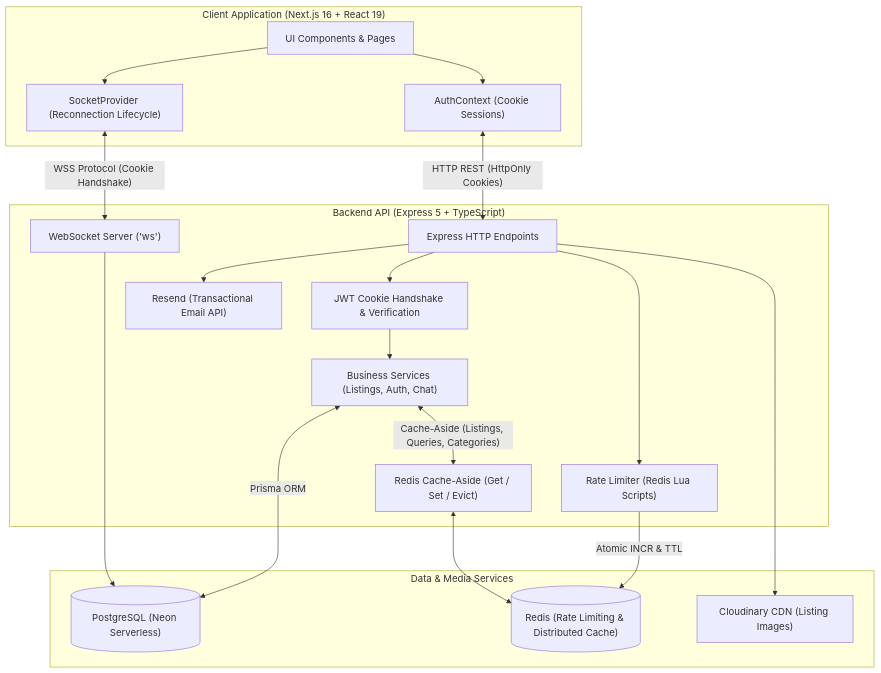
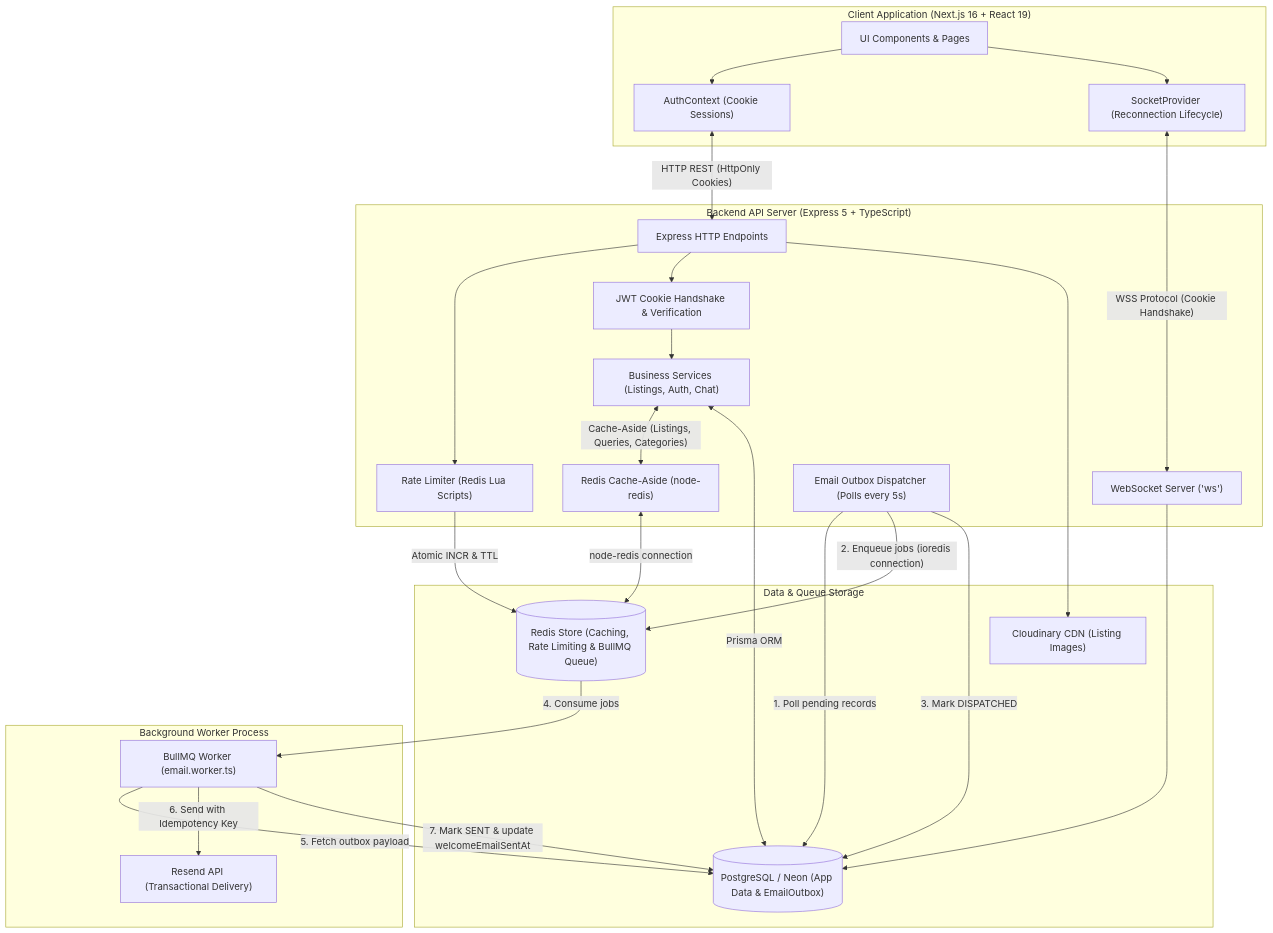
The first of 2 diagrams in README.md (Dhruvone8/Sell-On-Campus), drawn with Mermaid before and after one commit. The commit also changed other lines of this file, not shown here.

Commit message:
docs: document BullMQ background job processing and transactional outbox in README

````diff
--- a/README.md
+++ b/README.md
@@ -93,39 +105,52 @@
 ```mermaid
 graph TD
     subgraph Browser ["Client Application (Next.js 16 + React 19)"]
         UI["UI Components & Pages"]
         AuthCtx["AuthContext (Cookie Sessions)"]
         SocketCtx["SocketProvider (Reconnection Lifecycle)"]
     end
 
-    subgraph Backend ["Backend API (Express 5 + TypeScript)"]
+    subgraph Backend ["Backend API Server (Express 5 + TypeScript)"]
         HTTP["Express HTTP Endpoints"]
         RateLimit["Rate Limiter (Redis Lua Scripts)"]
         AuthMiddleware["JWT Cookie Handshake & Verification"]
         Services["Business Services (Listings, Auth, Chat)"]
-        CacheLayer["Redis Cache-Aside (Get / Set / Evict)"]
+        CacheLayer["Redis Cache-Aside (node-redis)"]
         WSServer["WebSocket Server ('ws')"]
-        EmailService["Resend (Transactional Email API)"]
+        OutboxDispatcher["Email Outbox Dispatcher (Polls every 5s)"]
     end
 
-    subgraph DataStore ["Data & Media Services"]
-        NeonDB[("PostgreSQL (Neon Serverless)")]
-        RedisDB[("Redis (Rate Limiting & Distributed Cache)")]
+    subgraph DataStore ["Data & Queue Storage"]
+        NeonDB[("PostgreSQL / Neon (App Data & EmailOutbox)")]
+        RedisDB[("Redis Store (Caching, Rate Limiting & BullMQ Queue)")]
         Cloudinary["Cloudinary CDN (Listing Images)"]
+    end
+
+    subgraph WorkerProcess ["Background Worker Process"]
+        EmailWorker["BullMQ Worker (email.worker.ts)"]
+        EmailService["Resend API (Transactional Delivery)"]
     end
 
     UI --> AuthCtx
     UI --> SocketCtx
     AuthCtx <-->|"HTTP REST (HttpOnly Cookies)"| HTTP
     SocketCtx <-->|"WSS Protocol (Cookie Handshake)"| WSServer
     HTTP --> RateLimit
     RateLimit -->|"Atomic INCR & TTL"| RedisDB
     HTTP --> AuthMiddleware
     AuthMiddleware --> Services
     Services <-->|"Cache-Aside (Listings, Queries, Categories)"| CacheLayer
-    CacheLayer <--> RedisDB
+    CacheLayer <-->|"node-redis connection"| RedisDB
     Services <-->|"Prisma ORM"| NeonDB
     HTTP --> Cloudinary
-    HTTP --> EmailService
     WSServer --> NeonDB
+
+    OutboxDispatcher -->|"1. Poll pending records"| NeonDB
+    OutboxDispatcher -->|"2. Enqueue jobs (ioredis connection)"| RedisDB
+    OutboxDispatcher -->|"3. Mark DISPATCHED"| NeonDB
+
+    RedisDB -->|"4. Consume jobs"| EmailWorker
+    EmailWorker -->|"5. Fetch outbox payload"| NeonDB
+    EmailWorker -->|"6. Send with Idempotency Key"| EmailService
+    EmailWorker -->|"7. Mark SENT & update welcomeEmailSentAt"| NeonDB
 ```
````
